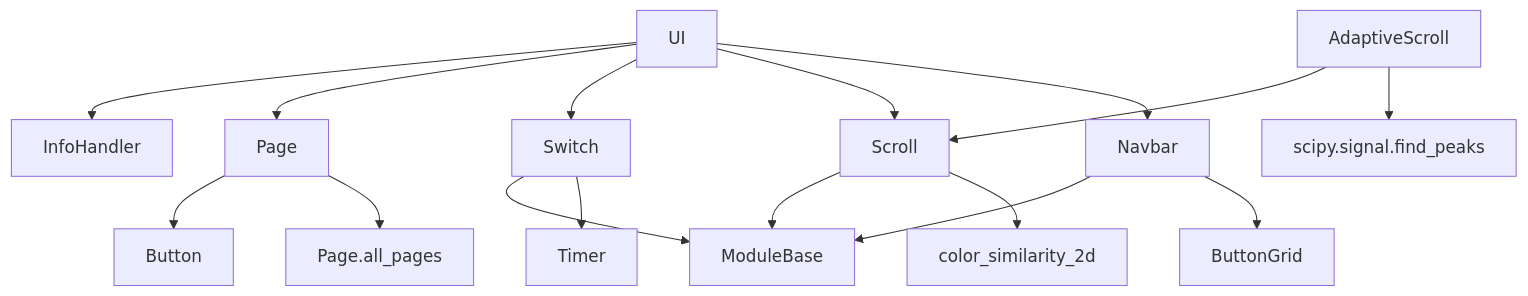
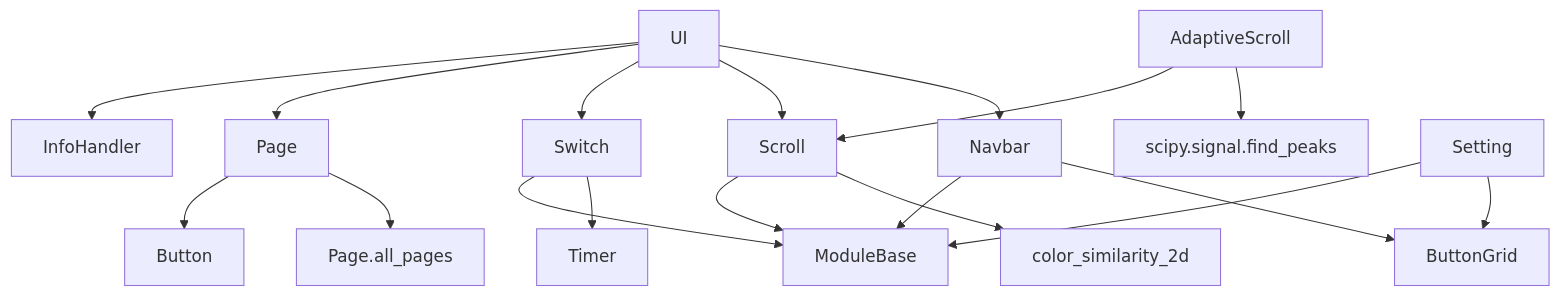
Before and after one commit to nnieie/AzurPilot: the diagram in .agent/UI.md, drawn with Mermaid. The commit also changed other lines of this file and 72 other files, not shown here.

````diff
--- a/.agent/UI.md
+++ b/.agent/UI.md
@@ -123,22 +152,25 @@
 ```mermaid
 graph TD
     UI --> InfoHandler
     UI --> Page
     UI --> Switch
     UI --> Scroll
     UI --> Navbar
 
     Page --> Button
     Page --> Page.all_pages
 
     Switch --> ModuleBase
     Switch --> Timer
 
     Scroll --> ModuleBase
     Scroll --> color_similarity_2d
     AdaptiveScroll --> Scroll
     AdaptiveScroll --> scipy.signal.find_peaks
 
     Navbar --> ModuleBase
     Navbar --> ButtonGrid
+
+    Setting --> ModuleBase
+    Setting --> ButtonGrid
 ```
````
